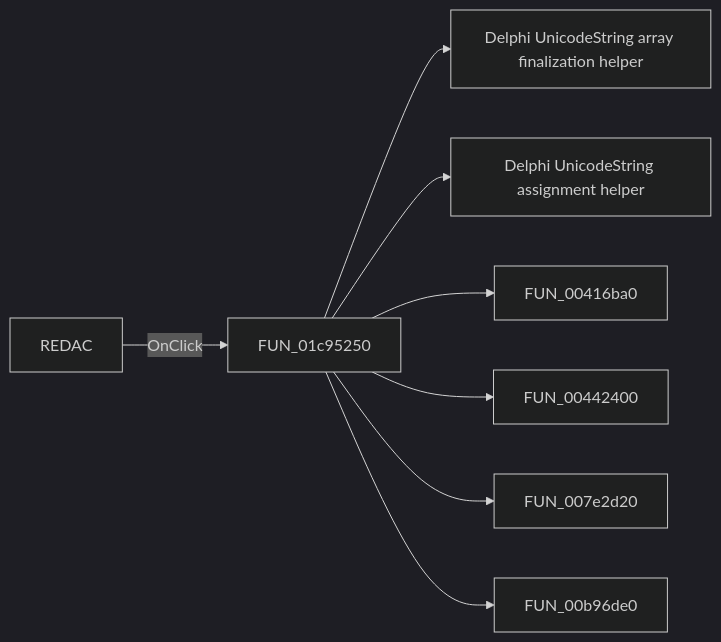
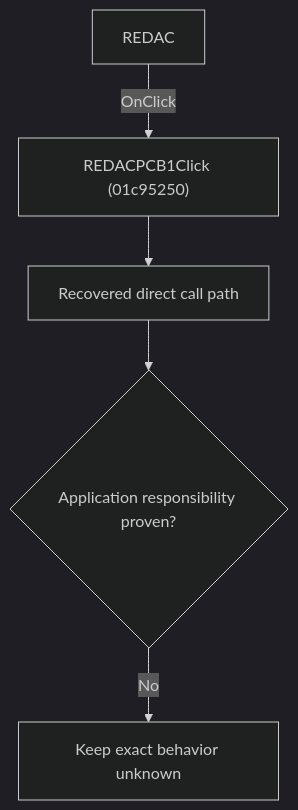
Before and after one commit to MovGP0/TIARA: the diagram in docs/ui-controls/schematiceditor/redacpcb1-4170a33203.md, drawn with Mermaid (dark theme). The commit also changed other lines of this file and 1062 other files, not shown here.

````diff
--- a/docs/ui-controls/schematiceditor/redacpcb1-4170a33203.md
+++ b/docs/ui-controls/schematiceditor/redacpcb1-4170a33203.md
@@ -27,10 +27,7 @@
 ```mermaid
-flowchart LR
-    control["REDAC"] -->|OnClick| handler["FUN_01c95250"]
-    handler --> call1["Delphi UnicodeString array finalization helper"]
-    handler --> call2["Delphi UnicodeString assignment helper"]
-    handler --> call3["FUN_00416ba0"]
-    handler --> call4["FUN_00442400"]
-    handler --> call5["FUN_007e2d20"]
-    handler --> call6["FUN_00b96de0"]
+flowchart TD
+    control["REDAC"] -->|"OnClick"| handler["REDACPCB1Click (01c95250)"]
+    handler --> recovered["Recovered direct call path"]
+    recovered --> gap{"Application responsibility proven?"}
+    gap -->|"No"| blocked["Keep exact behavior unknown"]
 ```
````
